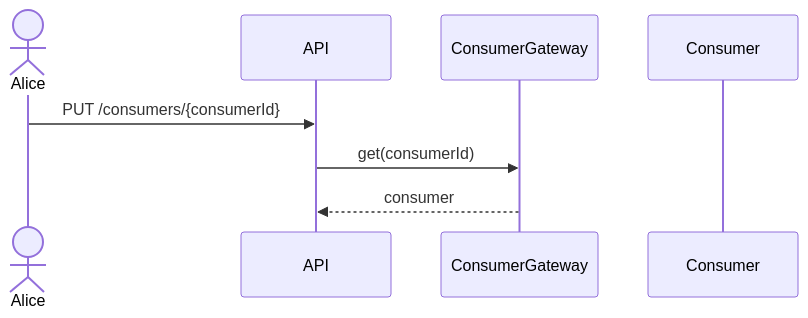
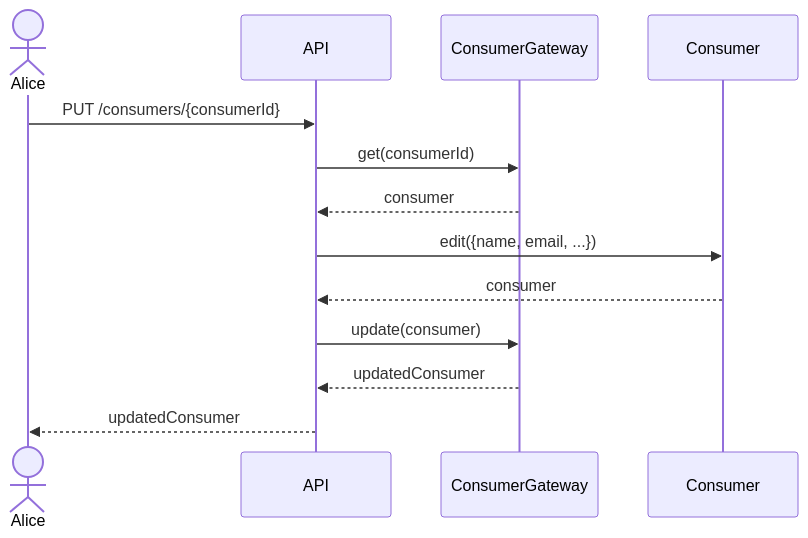
One commit to hivetown/planning changed the ninth of 32 diagrams in sequence.md. Above: the diagram before and after it, drawn with Mermaid. The commit also changed other lines of this file, not shown here.

Commit message:
diagramas de sequência

````diff
--- a/sequence.md
+++ b/sequence.md
@@ -296,11 +296,16 @@
 ```mermaid
 sequenceDiagram
     actor A as Alice
     participant API
     participant CG as ConsumerGateway
     participant C as Consumer
 
     A ->> API: PUT /consumers/{consumerId}
     API ->> CG: get(consumerId)
     CG -->> API: consumer
+    API ->> C: edit({name, email, ...})
+    C -->> API: consumer
+    API ->> CG: update(consumer)
+    CG -->> API: updatedConsumer
+    API -->> A: updatedConsumer
 ```
````
